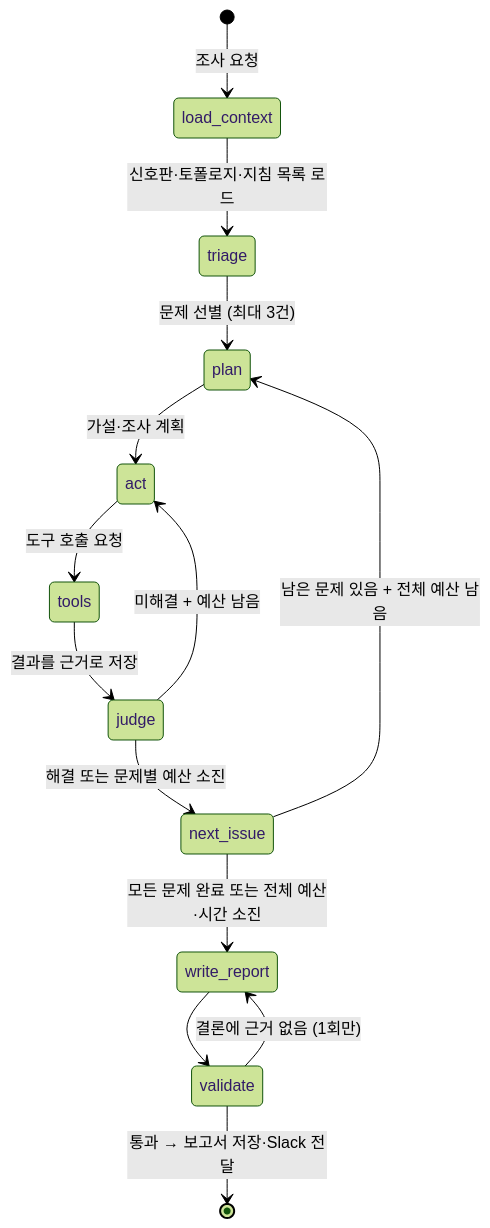
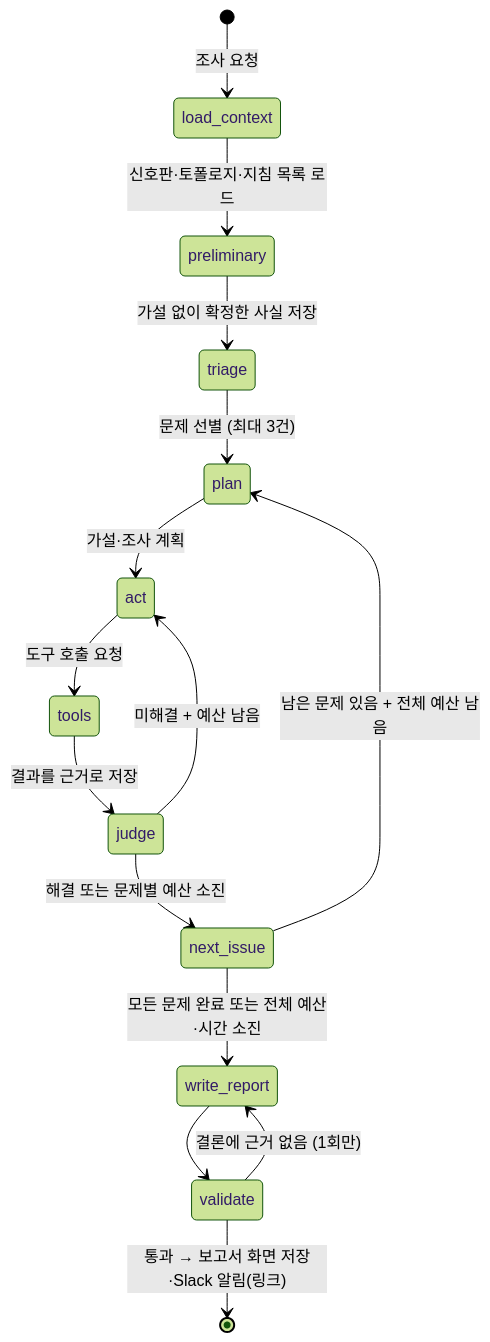
The second of 2 diagrams in docs/산출물/04-상세설계및개발환경구축.md (skax-jihyeryu/KubeGuardian), drawn with Mermaid (forest theme) before and after one commit. The commit also changed other lines of this file and 6 other files, not shown here.

````diff
--- a/docs/산출물/04-상세설계및개발환경구축.md
+++ b/docs/산출물/04-상세설계및개발환경구축.md
@@ -159,16 +176,17 @@
 ```mermaid
 stateDiagram-v2
     [*] --> load_context: 조사 요청
-    load_context --> triage: 신호판·토폴로지·지침 목록 로드
+    load_context --> preliminary: 신호판·토폴로지·지침 목록 로드
+    preliminary --> triage: 가설 없이 확정한 사실 저장
     triage --> plan: 문제 선별 (최대 3건)
     plan --> act: 가설·조사 계획
     act --> tools: 도구 호출 요청
     tools --> judge: 결과를 근거로 저장
     judge --> act: 미해결 + 예산 남음
     judge --> next_issue: 해결 또는 문제별 예산 소진
     next_issue --> plan: 남은 문제 있음 + 전체 예산 남음
     next_issue --> write_report: 모든 문제 완료 또는 전체 예산·시간 소진
     write_report --> validate
     validate --> write_report: 결론에 근거 없음 (1회만)
-    validate --> [*]: 통과 → 보고서 저장·Slack 전달
+    validate --> [*]: 통과 → 보고서 화면 저장·Slack 알림(링크)
 ```
````
